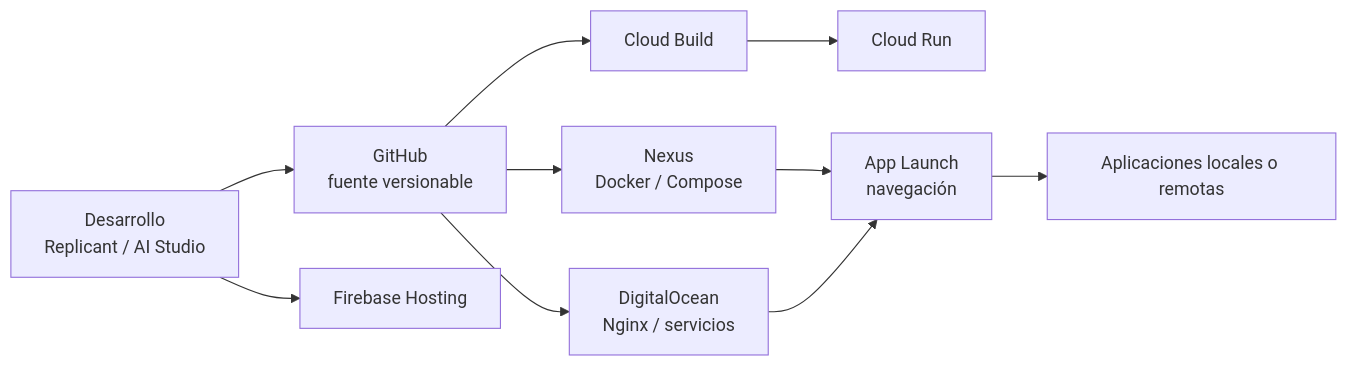
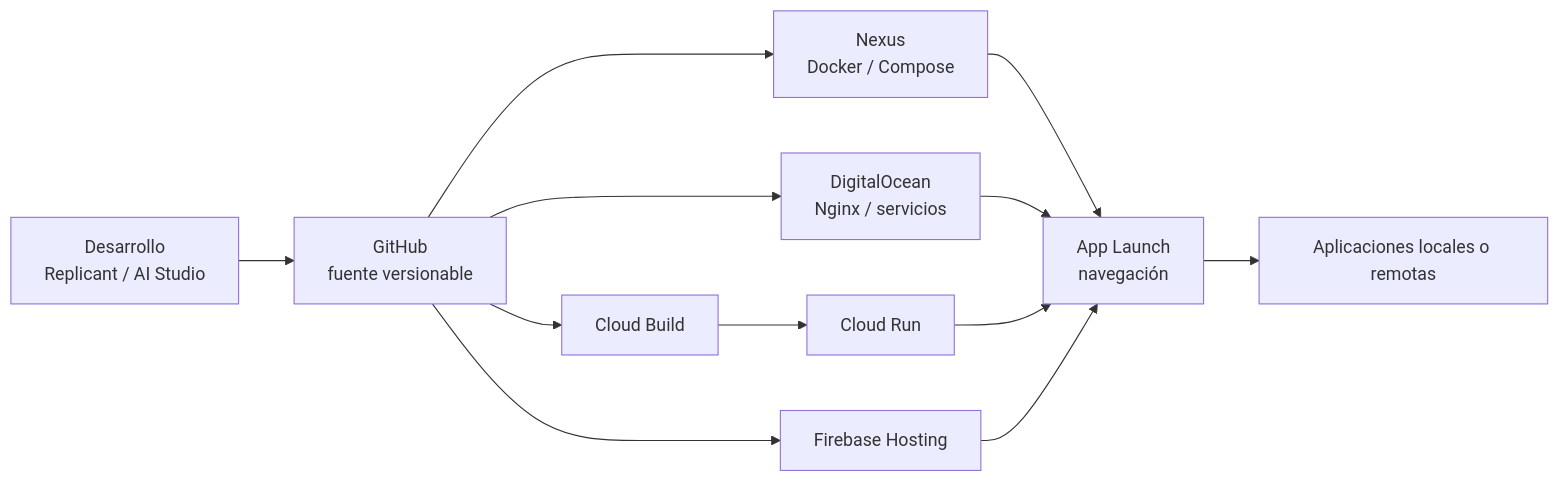
The first of 2 diagrams in docs/despliegue/modelos.md (ratienza/infra-replicant-lab), drawn with Mermaid before and after one commit. The commit also changed other lines of this file, not shown here.

Commit message:
docs: align deployment models and Cloudflare flow

````diff
--- a/docs/despliegue/modelos.md
+++ b/docs/despliegue/modelos.md
@@ -5,12 +7,18 @@
 ```mermaid
 flowchart LR
     DEV["Desarrollo<br/>Replicant / AI Studio"] --> GIT["GitHub<br/>fuente versionable"]
+
+    GIT --> CB["Cloud Build"]
+    CB --> CR["Cloud Run"]
+    GIT --> FH["Firebase Hosting"]
+
     GIT --> NX["Nexus<br/>Docker / Compose"]
     GIT --> DO["DigitalOcean<br/>Nginx / servicios"]
-    GIT --> CB["Cloud Build"]
-    CB --> CR["Cloud Run"]
-    DEV --> FH["Firebase Hosting"]
+
     NX --> AL["App Launch<br/>navegación"]
     DO --> AL
+    CR --> AL
+    FH --> AL
+
     AL --> EXT["Aplicaciones locales o remotas"]
 ```
````
